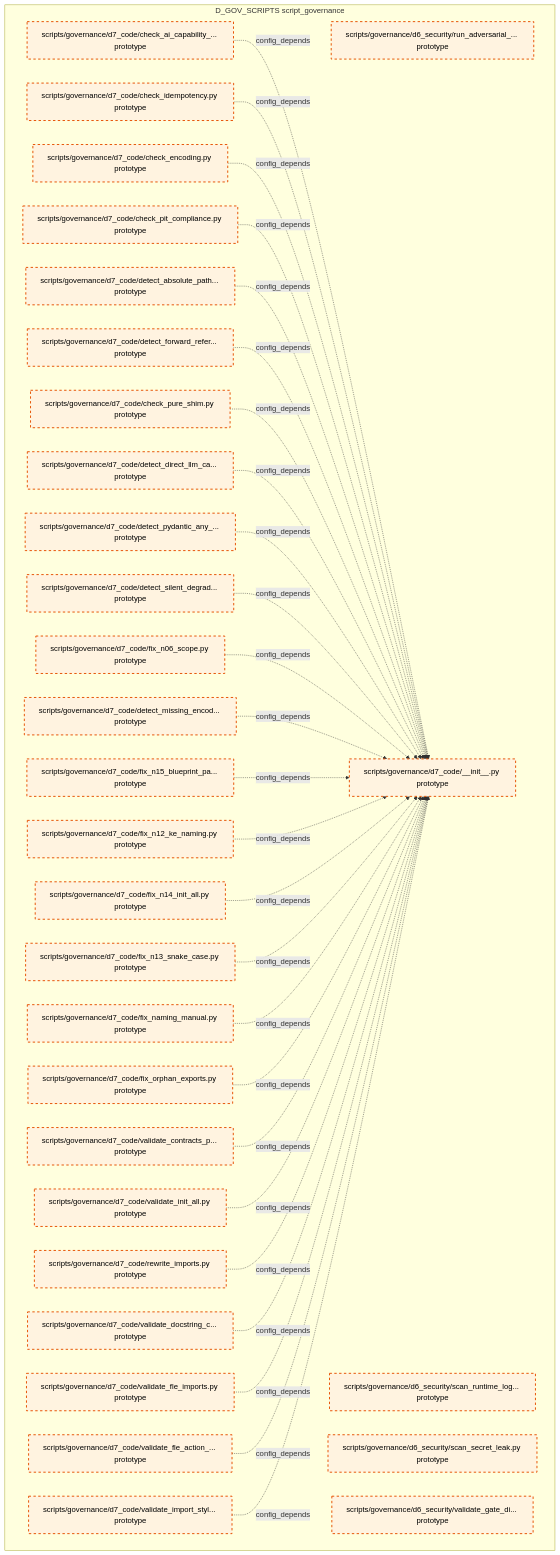
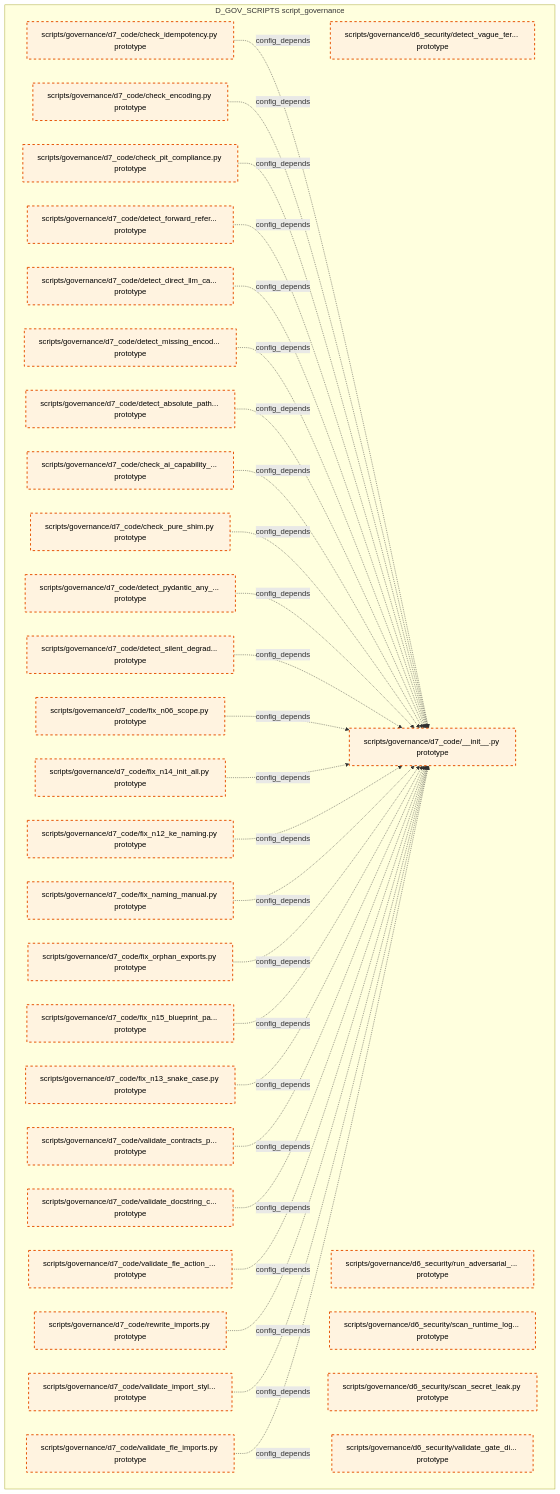
The tenth of 15 diagrams in docs/02_enterprise_architecture/02_domain_architecture_docs/37_d_gov_scripts.md (xuanFelixVan/ZephyrAlpha), drawn with Mermaid before and after one commit. The commit also changed other lines of this file and 97 other files, not shown here.

````diff
--- a/docs/02_enterprise_architecture/02_domain_architecture_docs/37_d_gov_scripts.md
+++ b/docs/02_enterprise_architecture/02_domain_architecture_docs/37_d_gov_scripts.md
@@ -697,65 +696,64 @@
 ```mermaid
 graph TD
     subgraph D_GOV_SCRIPTS["D_GOV_SCRIPTS script_governance"]
+        scripts_governance_d6_security_detect_vague_terms_py["scripts/governance/d6_security/detect_vague_ter... prototype"]
         scripts_governance_d6_security_run_adversarial_checks_py["scripts/governance/d6_security/run_adversarial_... prototype"]
         scripts_governance_d6_security_scan_runtime_log_secrets_py["scripts/governance/d6_security/scan_runtime_log... prototype"]
         scripts_governance_d6_security_scan_secret_leak_py["scripts/governance/d6_security/scan_secret_leak.py prototype"]
         scripts_governance_d6_security_validate_gate_discipline_py["scripts/governance/d6_security/validate_gate_di... prototype"]
         scripts_governance_d7_code_init_py["scripts/governance/d7_code/__init__.py prototype"]
         scripts_governance_d7_code_check_ai_capability_boundary_py["scripts/governance/d7_code/check_ai_capability_... prototype"]
         scripts_governance_d7_code_check_encoding_py["scripts/governance/d7_code/check_encoding.py prototype"]
         scripts_governance_d7_code_check_idempotency_py["scripts/governance/d7_code/check_idempotency.py prototype"]
         scripts_governance_d7_code_check_pit_compliance_py["scripts/governance/d7_code/check_pit_compliance.py prototype"]
         scripts_governance_d7_code_check_pure_shim_py["scripts/governance/d7_code/check_pure_shim.py prototype"]
         scripts_governance_d7_code_detect_absolute_path_hardcoding_py["scripts/governance/d7_code/detect_absolute_path... prototype"]
         scripts_governance_d7_code_detect_direct_llm_calls_py["scripts/governance/d7_code/detect_direct_llm_ca... prototype"]
         scripts_governance_d7_code_detect_forward_reference_py["scripts/governance/d7_code/detect_forward_refer... prototype"]
         scripts_governance_d7_code_detect_missing_encoding_py["scripts/governance/d7_code/detect_missing_encod... prototype"]
         scripts_governance_d7_code_detect_pydantic_any_fields_py["scripts/governance/d7_code/detect_pydantic_any_... prototype"]
         scripts_governance_d7_code_detect_silent_degradation_py["scripts/governance/d7_code/detect_silent_degrad... prototype"]
         scripts_governance_d7_code_fix_n06_scope_py["scripts/governance/d7_code/fix_n06_scope.py prototype"]
         scripts_governance_d7_code_fix_n12_ke_naming_py["scripts/governance/d7_code/fix_n12_ke_naming.py prototype"]
         scripts_governance_d7_code_fix_n13_snake_case_py["scripts/governance/d7_code/fix_n13_snake_case.py prototype"]
         scripts_governance_d7_code_fix_n14_init_all_py["scripts/governance/d7_code/fix_n14_init_all.py prototype"]
         scripts_governance_d7_code_fix_n15_blueprint_path_py["scripts/governance/d7_code/fix_n15_blueprint_pa... prototype"]
         scripts_governance_d7_code_fix_naming_manual_py["scripts/governance/d7_code/fix_naming_manual.py prototype"]
         scripts_governance_d7_code_fix_orphan_exports_py["scripts/governance/d7_code/fix_orphan_exports.py prototype"]
         scripts_governance_d7_code_rewrite_imports_py["scripts/governance/d7_code/rewrite_imports.py prototype"]
         scripts_governance_d7_code_validate_contracts_purity_py["scripts/governance/d7_code/validate_contracts_p... prototype"]
         scripts_governance_d7_code_validate_docstring_coverage_py["scripts/governance/d7_code/validate_docstring_c... prototype"]
         scripts_governance_d7_code_validate_fle_action_metadata_py["scripts/governance/d7_code/validate_fle_action_... prototype"]
         scripts_governance_d7_code_validate_fle_imports_py["scripts/governance/d7_code/validate_fle_imports.py prototype"]
         scripts_governance_d7_code_validate_import_style_py["scripts/governance/d7_code/validate_import_styl... prototype"]
-        scripts_governance_d7_code_validate_init_all_py["scripts/governance/d7_code/validate_init_all.py prototype"]
     end
-    scripts_governance_d7_code_check_ai_capability_boundary_py -.->|config_depends| scripts_governance_d7_code_init_py
     scripts_governance_d7_code_check_idempotency_py -.->|config_depends| scripts_governance_d7_code_init_py
     scripts_governance_d7_code_check_encoding_py -.->|config_depends| scripts_governance_d7_code_init_py
     scripts_governance_d7_code_check_pit_compliance_py -.->|config_depends| scripts_governance_d7_code_init_py
+    scripts_governance_d7_code_detect_forward_reference_py -.->|config_depends| scripts_governance_d7_code_init_py
+    scripts_governance_d7_code_detect_direct_llm_calls_py -.->|config_depends| scripts_governance_d7_code_init_py
+    scripts_governance_d7_code_detect_missing_encoding_py -.->|config_depends| scripts_governance_d7_code_init_py
     scripts_governance_d7_code_detect_absolute_path_hardcoding_py -.->|config_depends| scripts_governance_d7_code_init_py
-    scripts_governance_d7_code_detect_forward_reference_py -.->|config_depends| scripts_governance_d7_code_init_py
+    scripts_governance_d7_code_check_ai_capability_boundary_py -.->|config_depends| scripts_governance_d7_code_init_py
     scripts_governance_d7_code_check_pure_shim_py -.->|config_depends| scripts_governance_d7_code_init_py
-    scripts_governance_d7_code_detect_direct_llm_calls_py -.->|config_depends| scripts_governance_d7_code_init_py
     scripts_governance_d7_code_detect_pydantic_any_fields_py -.->|config_depends| scripts_governance_d7_code_init_py
     scripts_governance_d7_code_detect_silent_degradation_py -.->|config_depends| scripts_governance_d7_code_init_py
     scripts_governance_d7_code_fix_n06_scope_py -.->|config_depends| scripts_governance_d7_code_init_py
-    scripts_governance_d7_code_detect_missing_encoding_py -.->|config_depends| scripts_governance_d7_code_init_py
-    scripts_governance_d7_code_fix_n15_blueprint_path_py -.->|config_depends| scripts_governance_d7_code_init_py
+    scripts_governance_d7_code_fix_n14_init_all_py -.->|config_depends| scripts_governance_d7_code_init_py
     scripts_governance_d7_code_fix_n12_ke_naming_py -.->|config_depends| scripts_governance_d7_code_init_py
-    scripts_governance_d7_code_fix_n14_init_all_py -.->|config_depends| scripts_governance_d7_code_init_py
-    scripts_governance_d7_code_fix_n13_snake_case_py -.->|config_depends| scripts_governance_d7_code_init_py
     scripts_governance_d7_code_fix_naming_manual_py -.->|config_depends| scripts_governance_d7_code_init_py
     scripts_governance_d7_code_fix_orphan_exports_py -.->|config_depends| scripts_governance_d7_code_init_py
+    scripts_governance_d7_code_fix_n15_blueprint_path_py -.->|config_depends| scripts_governance_d7_code_init_py
+    scripts_governance_d7_code_fix_n13_snake_case_py -.->|config_depends| scripts_governance_d7_code_init_py
     scripts_governance_d7_code_validate_contracts_purity_py -.->|config_depends| scripts_governance_d7_code_init_py
-    scripts_governance_d7_code_validate_init_all_py -.->|config_depends| scripts_governance_d7_code_init_py
+    scripts_governance_d7_code_validate_docstring_coverage_py -.->|config_depends| scripts_governance_d7_code_init_py
+    scripts_governance_d7_code_validate_fle_action_metadata_py -.->|config_depends| scripts_governance_d7_code_init_py
     scripts_governance_d7_code_rewrite_imports_py -.->|config_depends| scripts_governance_d7_code_init_py
-    scripts_governance_d7_code_validate_docstring_coverage_py -.->|config_depends| scripts_governance_d7_code_init_py
+    scripts_governance_d7_code_validate_import_style_py -.->|config_depends| scripts_governance_d7_code_init_py
     scripts_governance_d7_code_validate_fle_imports_py -.->|config_depends| scripts_governance_d7_code_init_py
-    scripts_governance_d7_code_validate_fle_action_metadata_py -.->|config_depends| scripts_governance_d7_code_init_py
-    scripts_governance_d7_code_validate_import_style_py -.->|config_depends| scripts_governance_d7_code_init_py
     classDef production fill:#e1f5fe,stroke:#01579b,stroke-width:2px,color:#000
     classDef design fill:#fff3e0,stroke:#e65100,stroke-width:2px,color:#000,stroke-dasharray: 5 5
     classDef external_prod fill:#e8f5e9,stroke:#1b5e20,stroke-width:1px,color:#000
     classDef external_design fill:#fce4ec,stroke:#880e4f,stroke-width:1px,color:#000,stroke-dasharray: 5 5
-    class scripts_governance_d6_security_run_adversarial_checks_py,scripts_governance_d6_security_scan_runtime_log_secrets_py,scripts_governance_d6_security_scan_secret_leak_py,scripts_governance_d6_security_validate_gate_discipline_py,scripts_governance_d7_code_init_py,scripts_governance_d7_code_check_ai_capability_boundary_py,scripts_governance_d7_code_check_encoding_py,scripts_governance_d7_code_check_idempotency_py,scripts_governance_d7_code_check_pit_compliance_py,scripts_governance_d7_code_check_pure_shim_py,scripts_governance_d7_code_detect_absolute_path_hardcoding_py,scripts_governance_d7_code_detect_direct_llm_calls_py,scripts_governance_d7_code_detect_forward_reference_py,scripts_governance_d7_code_detect_missing_encoding_py,scripts_governance_d7_code_detect_pydantic_any_fields_py,scripts_governance_d7_code_detect_silent_degradation_py,scripts_governance_d7_code_fix_n06_scope_py,scripts_governance_d7_code_fix_n12_ke_naming_py,scripts_governance_d7_code_fix_n13_snake_case_py,scripts_governance_d7_code_fix_n14_init_all_py,scripts_governance_d7_code_fix_n15_blueprint_path_py,scripts_governance_d7_code_fix_naming_manual_py,scripts_governance_d7_code_fix_orphan_exports_py,scripts_governance_d7_code_rewrite_imports_py,scripts_governance_d7_code_validate_contracts_purity_py,scripts_governance_d7_code_validate_docstring_coverage_py,scripts_governance_d7_code_validate_fle_action_metadata_py,scripts_governance_d7_code_validate_fle_imports_py,scripts_governance_d7_code_validate_import_style_py,scripts_governance_d7_code_validate_init_all_py design
+    class scripts_governance_d6_security_detect_vague_terms_py,scripts_governance_d6_security_run_adversarial_checks_py,scripts_governance_d6_security_scan_runtime_log_secrets_py,scripts_governance_d6_security_scan_secret_leak_py,scripts_governance_d6_security_validate_gate_discipline_py,scripts_governance_d7_code_init_py,scripts_governance_d7_code_check_ai_capability_boundary_py,scripts_governance_d7_code_check_encoding_py,scripts_governance_d7_code_check_idempotency_py,scripts_governance_d7_code_check_pit_compliance_py,scripts_governance_d7_code_check_pure_shim_py,scripts_governance_d7_code_detect_absolute_path_hardcoding_py,scripts_governance_d7_code_detect_direct_llm_calls_py,scripts_governance_d7_code_detect_forward_reference_py,scripts_governance_d7_code_detect_missing_encoding_py,scripts_governance_d7_code_detect_pydantic_any_fields_py,scripts_governance_d7_code_detect_silent_degradation_py,scripts_governance_d7_code_fix_n06_scope_py,scripts_governance_d7_code_fix_n12_ke_naming_py,scripts_governance_d7_code_fix_n13_snake_case_py,scripts_governance_d7_code_fix_n14_init_all_py,scripts_governance_d7_code_fix_n15_blueprint_path_py,scripts_governance_d7_code_fix_naming_manual_py,scripts_governance_d7_code_fix_orphan_exports_py,scripts_governance_d7_code_rewrite_imports_py,scripts_governance_d7_code_validate_contracts_purity_py,scripts_governance_d7_code_validate_docstring_coverage_py,scripts_governance_d7_code_validate_fle_action_metadata_py,scripts_governance_d7_code_validate_fle_imports_py,scripts_governance_d7_code_validate_import_style_py design
 ```
````
